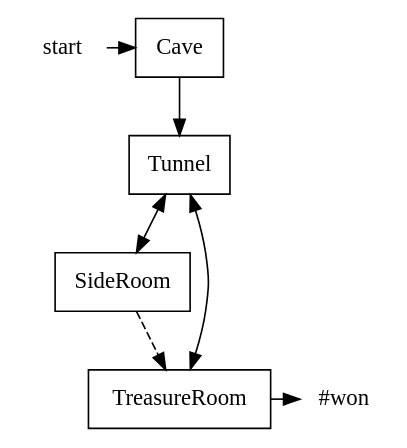
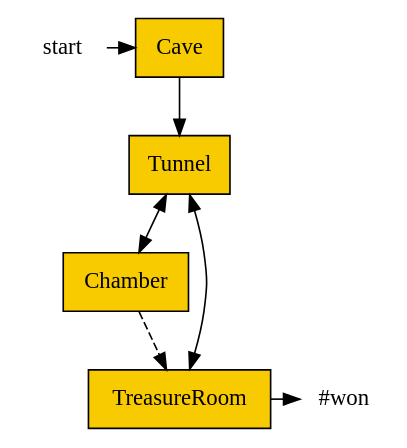
One commit to julienq/golem changed the diagram in picotachi/map.gv. Above: the diagram before and after it, drawn with Graphviz. The commit also changed 4 other files, not shown here.

```diff
--- a/picotachi/map.gv
+++ b/picotachi/map.gv
@@ -1,16 +1,16 @@
 digraph deadend {
 
-  node [fontname=Avenir, shape=box];
+  node [fontname=Avenir, shape=box, style=filled, fillcolor="#f8ca00"];
 
-  { rank=same; start [shape=plaintext]; Cave }
+  { rank=same; start [shape=plaintext, style=none]; Cave }
 
   start -> Cave;
   Cave -> Tunnel;
-  Tunnel -> SideRoom [dir=both];
+  Tunnel -> Chamber [dir=both];
   Tunnel -> TreasureRoom [dir=both];
   TreasureRoom -> won;
-  SideRoom -> TreasureRoom [style=dashed];
+  Chamber -> TreasureRoom [style=dashed];
 
-  { rank=same; TreasureRoom; won [shape=plaintext, label="#won"]; }
+  { rank=same; TreasureRoom; won [shape=plaintext, style=none, label="#won"]; }
 
 }
```
